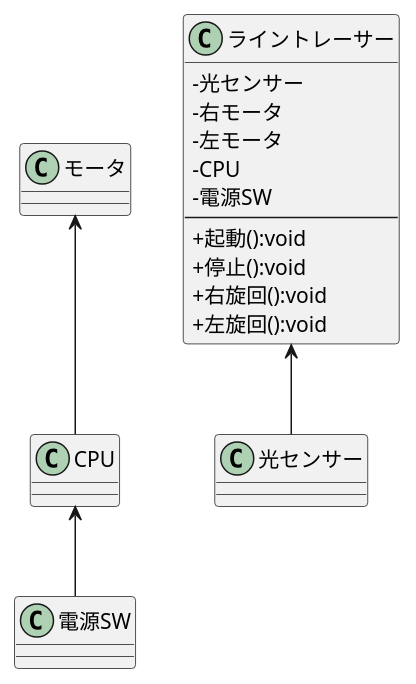
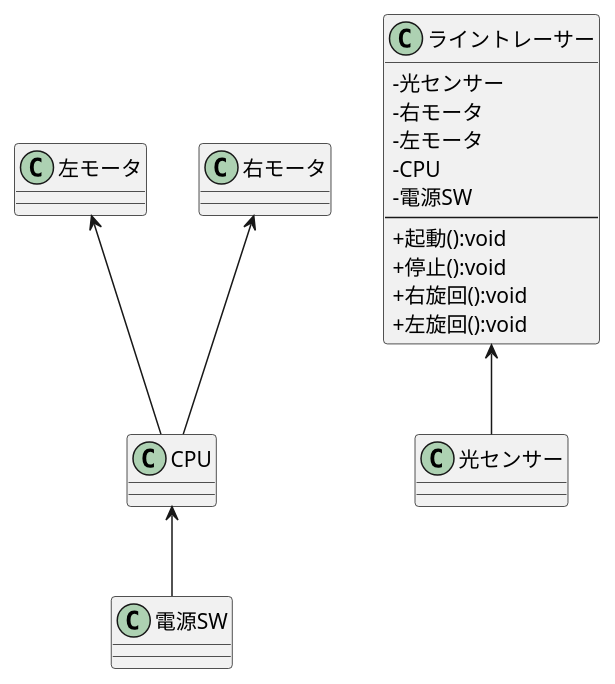
Before and after one commit to github-use-a/uml-introduction: the diagram in 演習6-5-1_クラス図_ライントレーサー.pu, drawn with PlantUML.

Commit message:
修正

```diff
--- a/演習6-5-1_クラス図_ライントレーサー.pu
+++ b/演習6-5-1_クラス図_ライントレーサー.pu
@@ -1,27 +1,37 @@
 @startuml クラス図
 skinparam classAttributeIconSize 0
 class ライントレーサー {
 -光センサー
 -右モータ
 -左モータ
 -CPU
 -電源SW
 ---
 +起動():void
 +停止():void
 +右旋回():void
 +左旋回():void
 }
 光センサー -up-> ライントレーサー
 
 class 光センサー {
 }
-class モータ {
+class 右モータ {
 }
-CPU -up-> モータ
+CPU -up-> 右モータ
 class CPU {
 }
 電源SW -up-> CPU
 class 電源SW{
 }
+
+class 左モータ {
+}
+CPU -up-> 左モータ
+class CPU {
+}
+' 電源SW -up-> CPU
+' class 電源SW{
+' }
+
 @enduml
```
